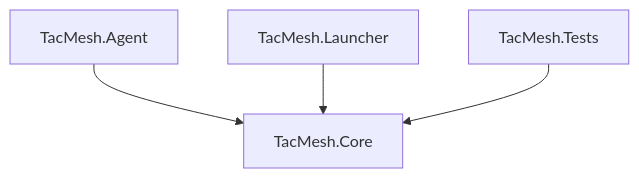
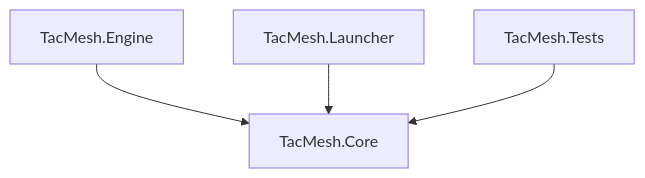
One commit to ilyabeg/TACMESH changed the diagram in docs/architecture.md. Above: the diagram before and after it, drawn with Mermaid. The commit also changed other lines of this file and 36 other files, not shown here.

Commit message:
refactor: replace all agent refferences to Engine

````diff
--- a/docs/architecture.md
+++ b/docs/architecture.md
@@ -52,14 +52,14 @@
 ```mermaid
 graph TD
    %% Core Project (Independent)
    Core[TacMesh.Core]
 
-   %% Agent Dependencies
-   Agent[TacMesh.Agent] --> Core
+   %% Engine Dependencies
+   Engine[TacMesh.Engine] --> Core
    
    %% Launcher Dependencies
    Launcher[TacMesh.Launcher] --> Core
 
    %% Tests Dependencies
    Tests[TacMesh.Tests] --> Core
 ```
````
